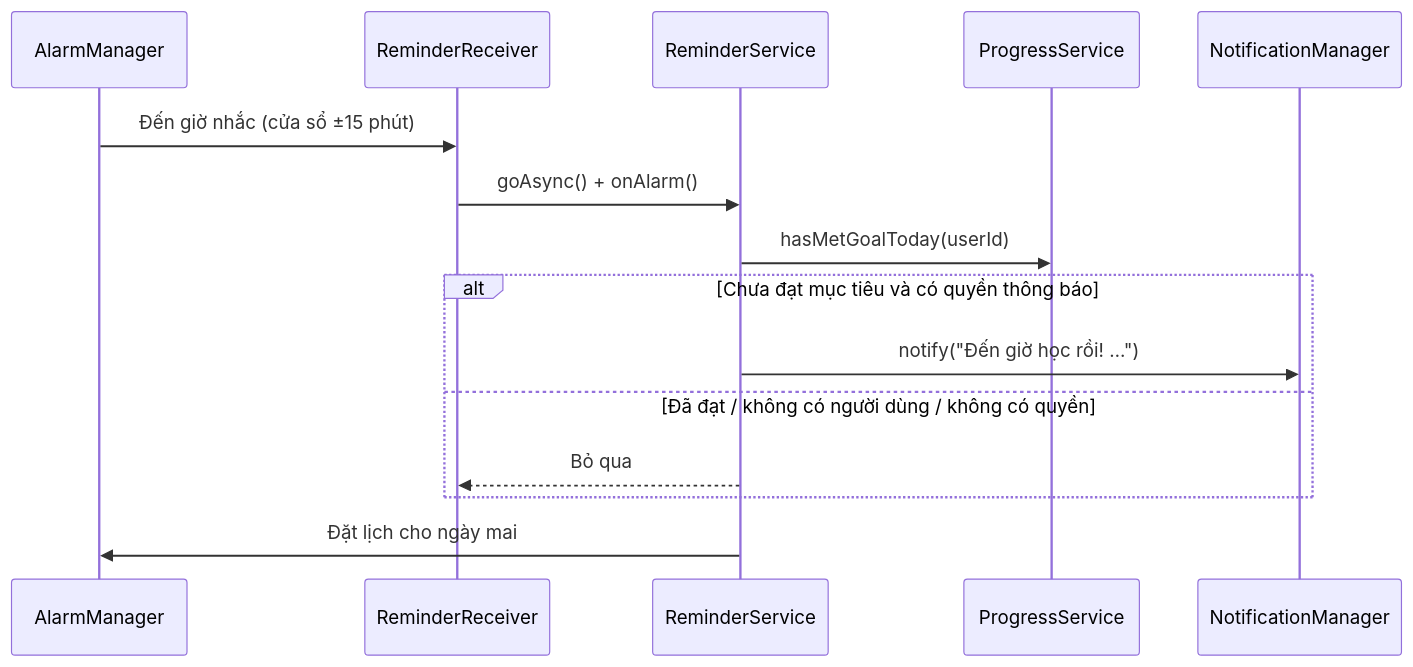
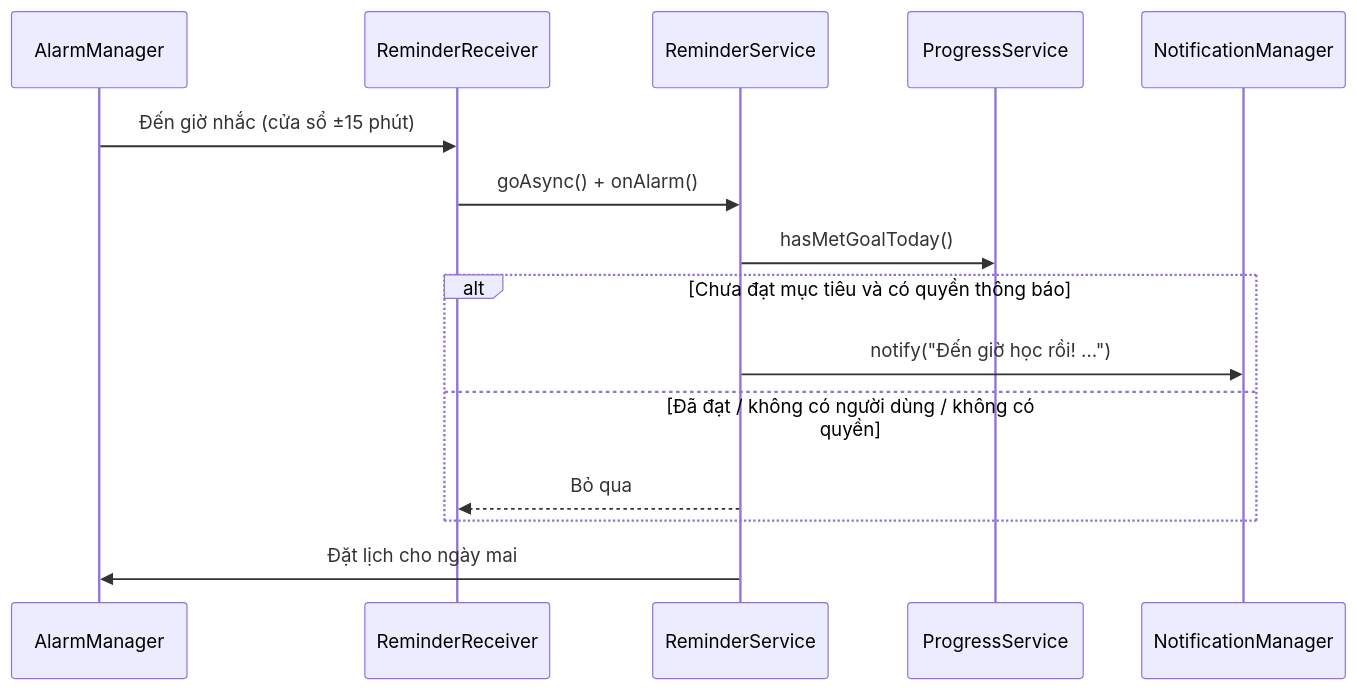
One commit to at1308033-sketch/LearningE_app changed the fourth of 5 diagrams in docs/engineering/SYSTEM-BLUEPRINT.md. Above: the diagram before and after it, drawn with Mermaid. The commit also changed other lines of this file and 172 other files, not shown here.

First line of the commit message:
Bổ sung sơ đồ ca sử dụng (use case diagram) cho tiến trình học tập và lời nhắc, tệp đầu ra định dạng SVG, cùng tập lệnh tạo tài liệu

````diff
--- a/docs/engineering/SYSTEM-BLUEPRINT.md
+++ b/docs/engineering/SYSTEM-BLUEPRINT.md
@@ -170,17 +199,17 @@
 ```mermaid
 sequenceDiagram
   participant AM as AlarmManager
   participant RR as ReminderReceiver
   participant RS as ReminderService
   participant PS as ProgressService
   participant NM as NotificationManager
   AM->>RR: Đến giờ nhắc (cửa sổ ±15 phút)
   RR->>RS: goAsync() + onAlarm()
-  RS->>PS: hasMetGoalToday(userId)
+  RS->>PS: hasMetGoalToday()
   alt Chưa đạt mục tiêu và có quyền thông báo
     RS->>NM: notify("Đến giờ học rồi! …")
   else Đã đạt / không có người dùng / không có quyền
     RS-->>RR: Bỏ qua
   end
   RS->>AM: Đặt lịch cho ngày mai
 ```
````
